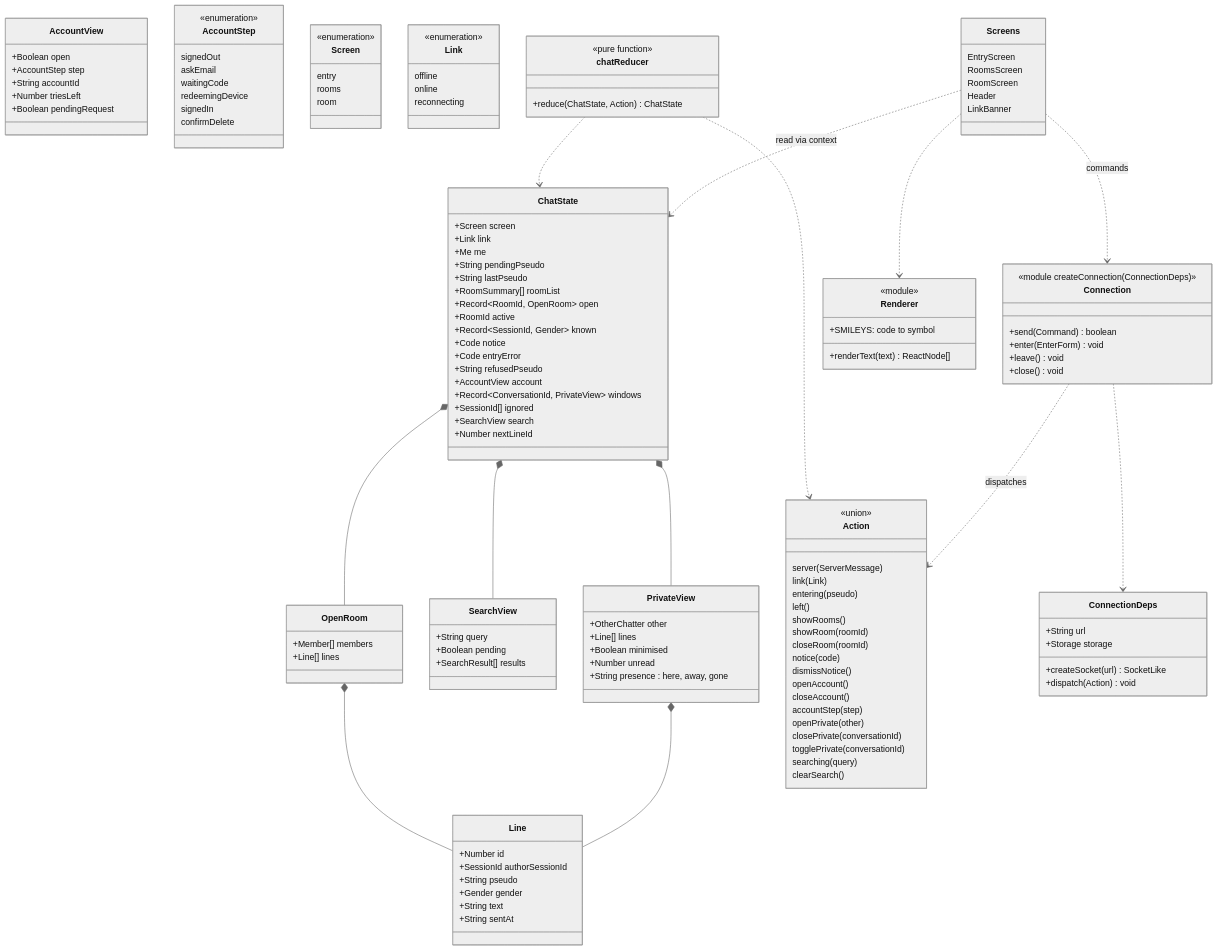
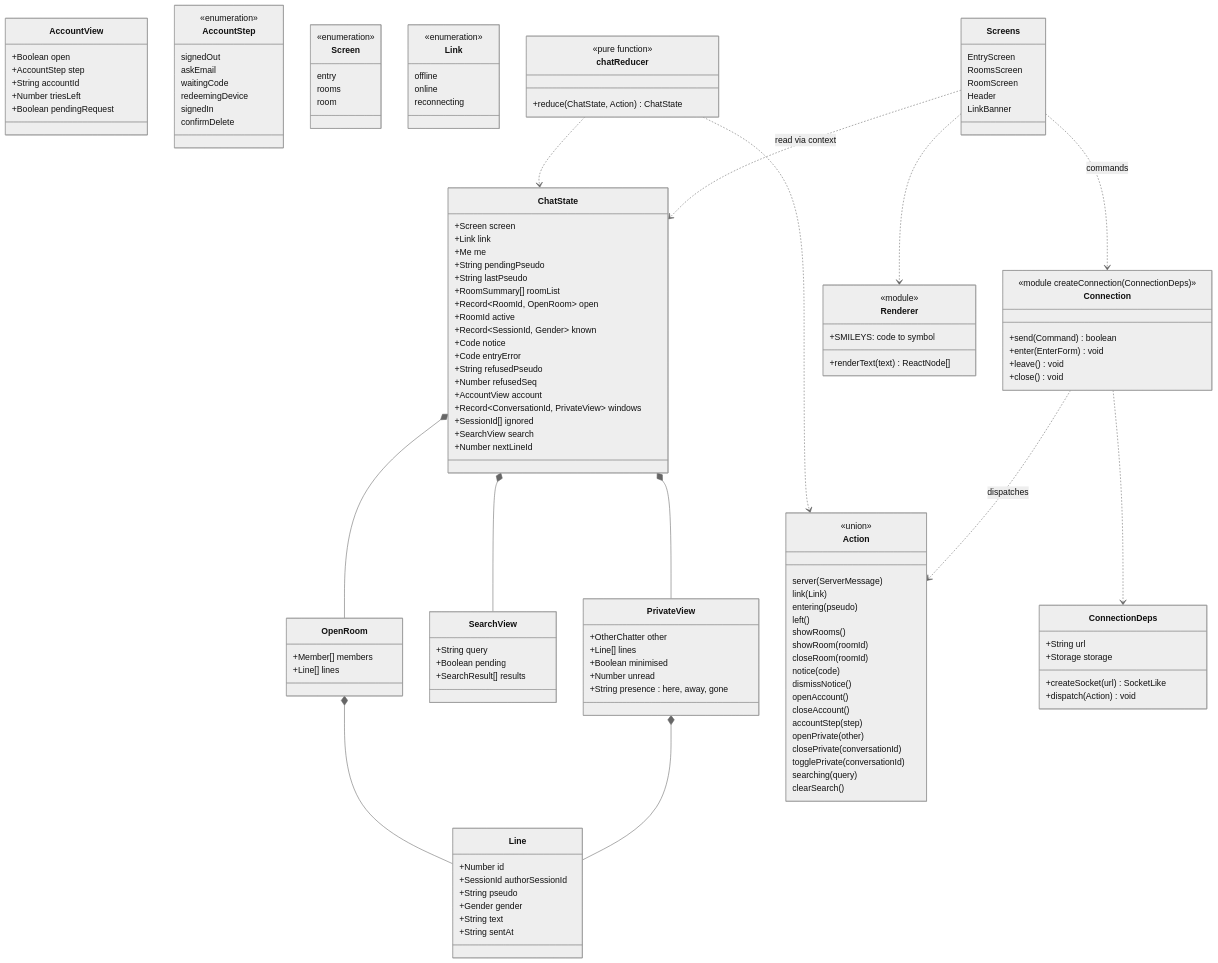
The diagram in docs/architecture/diagrams/web-ui/04-class-client-state.md (benoit-bremaud/asv), drawn with Mermaid (neutral theme) before and after one commit. The commit also changed other lines of this file and 13 other files, not shown here.

```diff
--- a/docs/architecture/diagrams/web-ui/04-class-client-state.md
+++ b/docs/architecture/diagrams/web-ui/04-class-client-state.md
@@ -29,6 +29,7 @@
     +Code notice
     +Code entryError
     +String refusedPseudo
+    +Number refusedSeq
     +AccountView account
     +Record~ConversationId, PrivateView~ windows
     +SessionId[] ignored
```
